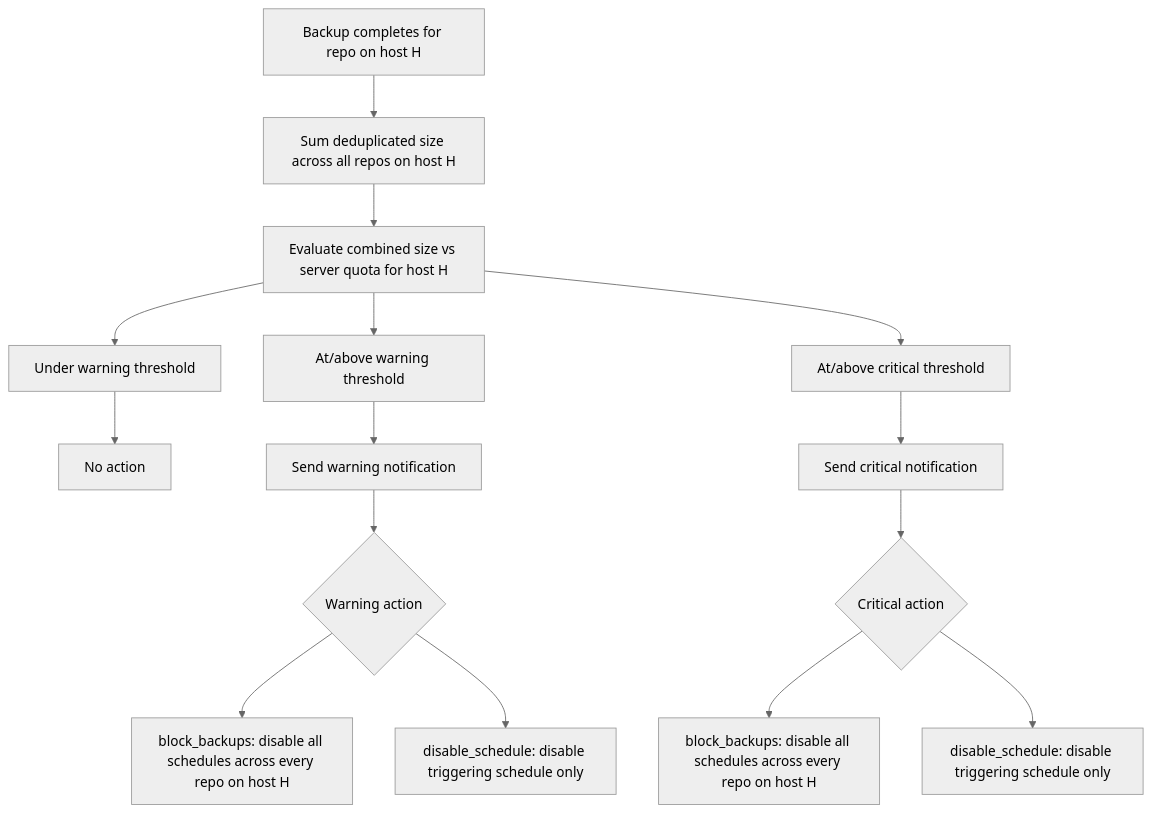
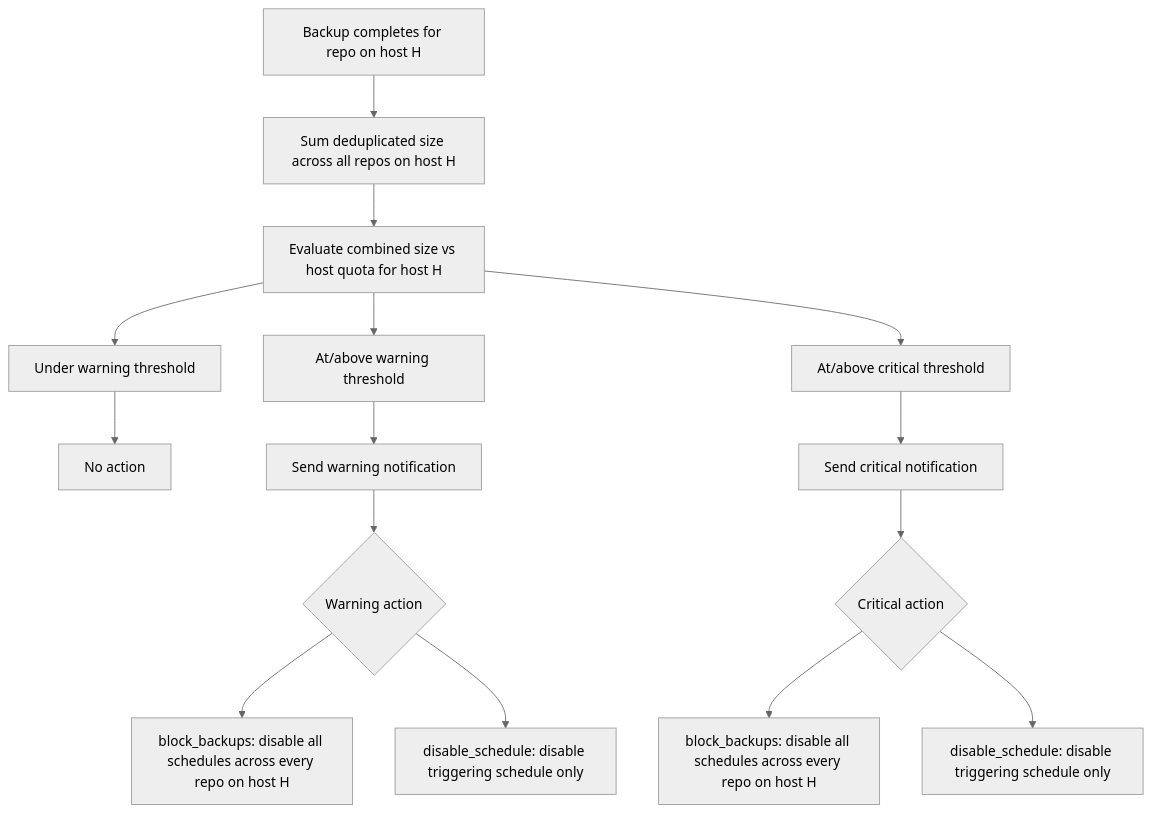
Before and after one commit to alexmohr/assimilate: the diagram in docs/server-quotas.md, drawn with Mermaid (neutral theme). The commit also changed other lines of this file and 33 other files, not shown here.

````diff
--- a/docs/server-quotas.md
+++ b/docs/server-quotas.md
@@ -39,14 +41,14 @@
 ```mermaid
 flowchart TD
     Complete["Backup completes for repo on host H"] --> Sum["Sum deduplicated size across all repos on host H"]
-    Sum --> Check["Evaluate combined size vs server quota for host H"]
+    Sum --> Check["Evaluate combined size vs host quota for host H"]
     Check --> Ok["Under warning threshold"] --> Done["No action"]
     Check --> Warn["At/above warning threshold"] --> WarnNotify["Send warning notification"]
     Check --> Crit["At/above critical threshold"] --> CritNotify["Send critical notification"]
     WarnNotify --> WarnAction{"Warning action"}
     CritNotify --> CritAction{"Critical action"}
     WarnAction --> WBlock["block_backups: disable all schedules across every repo on host H"]
     WarnAction --> WDisable["disable_schedule: disable triggering schedule only"]
     CritAction --> CBlock["block_backups: disable all schedules across every repo on host H"]
     CritAction --> CDisable["disable_schedule: disable triggering schedule only"]
 ```
````
